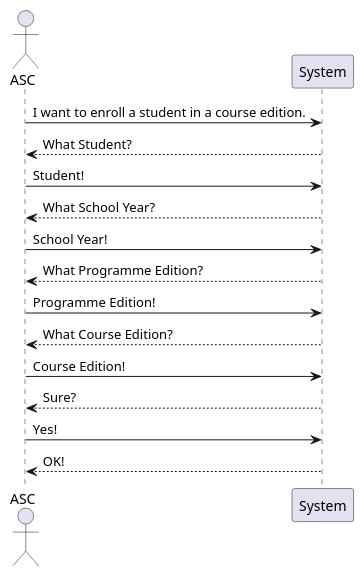
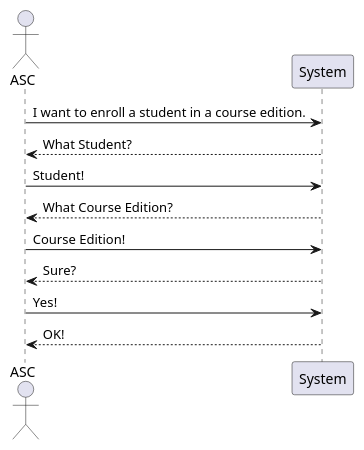
Before and after one commit to GasparISEP/DevOps-PAI: the diagram in docs/sequenceDiagrams/US16/US16-SSD.puml, drawn with PlantUML.

Commit message:
updating US16 System Diagram

```diff
--- a/docs/sequenceDiagrams/US16/US16-SSD.puml
+++ b/docs/sequenceDiagrams/US16/US16-SSD.puml
@@ -1,21 +1,16 @@
 @startuml
 'https://plantuml.com/sequence-diagram
 
 actor ASC
 
 ASC -> System: I want to enroll a student in a course edition.
 System --> ASC: What Student?
 ASC -> System: Student!
-System --> ASC: What School Year?
-ASC -> System: School Year!
-System --> ASC: What Programme Edition?
-ASC -> System: Programme Edition!
 System --> ASC: What Course Edition?
 ASC -> System: Course Edition!
 System --> ASC: Sure?
 ASC -> System: Yes!
 System --> ASC: OK!
 
 
-
 @enduml
```
